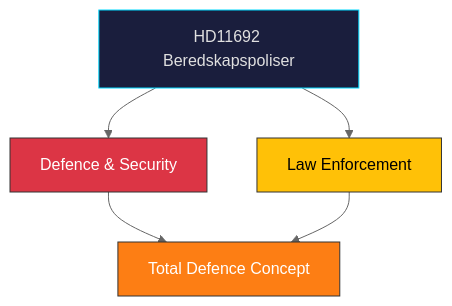
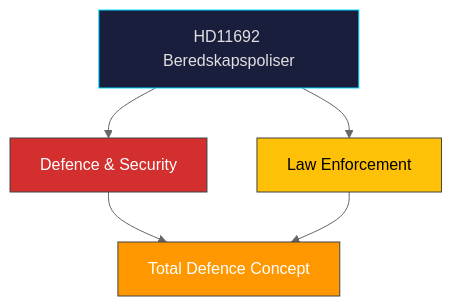
The diagram in analysis/daily/2026-04-08/realtime-1027/documents/hd11692-analysis.md (Hack23/riksdagsmonitor), drawn with Mermaid (neutral theme) before and after one commit. The commit also changed 785 other files, not shown here.

First line of the commit message:
Normalize mermaid colors across 786 analysis artifacts to ISMS Style Guide palette

````diff
--- a/analysis/daily/2026-04-08/realtime-1027/documents/hd11692-analysis.md
+++ b/analysis/daily/2026-04-08/realtime-1027/documents/hd11692-analysis.md
@@ -17,11 +17,11 @@
 ```mermaid
 graph TD
     A["HD11692 Beredskapspoliser"] --> B["Defence & Security"]
     A --> C["Law Enforcement"]
     B --> D["Total Defence Concept"]
     C --> D
     style A fill:#1a1e3d,stroke:#00d9ff,color:#e0e0e0
-    style B fill:#dc3545,stroke:#333,color:#fff
-    style C fill:#ffc107,stroke:#333,color:#000
-    style D fill:#fd7e14,stroke:#333,color:#fff
+    style B fill:#D32F2F,stroke:#424242,color:#FFFFFF
+    style C fill:#FFC107,stroke:#424242,color:#000000
+    style D fill:#FF9800,stroke:#424242,color:#FFFFFF
 ```
````
